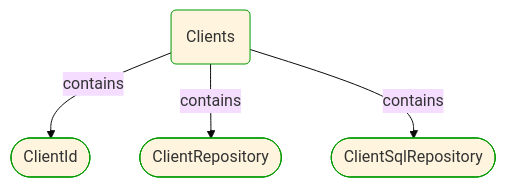
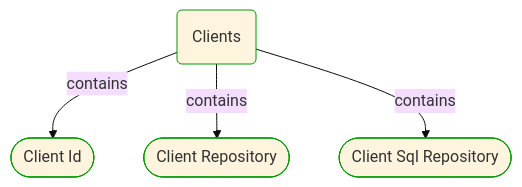
The third of 5 diagrams in Docs/P3/MermaidOutput/Modules/Sales/Clients/Clients.md (itlibrium/DDD-starter-dotnet), drawn with Mermaid (base theme) before and after one commit. The commit also changed other lines of this file and 174 other files, not shown here.

````diff
--- a/Docs/P3/MermaidOutput/Modules/Sales/Clients/Clients.md
+++ b/Docs/P3/MermaidOutput/Modules/Sales/Clients/Clients.md
@@ -51,17 +54,17 @@
 ```mermaid
   flowchart TB
     0(Clients)
     class 0 DomainPerspective
-    1([ClientId])
+    1([Client Id])
     class 1 DomainPerspective
     0-->|contains|1
-    2([ClientRepository])
+    2([Client Repository])
     class 2 DomainPerspective
     0-->|contains|2
-    3([ClientSqlRepository])
+    3([Client Sql Repository])
     class 3 DomainPerspective
     0-->|contains|3
     classDef DomainPerspective stroke:#009900
     classDef TechnologyPerspective stroke:#1F41EB
     classDef PeoplePerspective stroke:#FFF014
 ```
````
